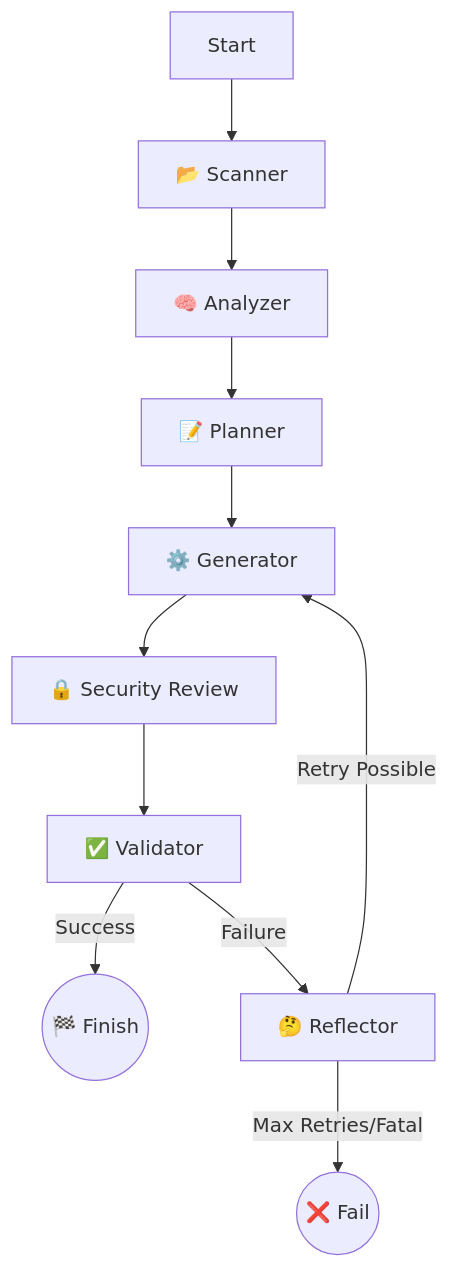
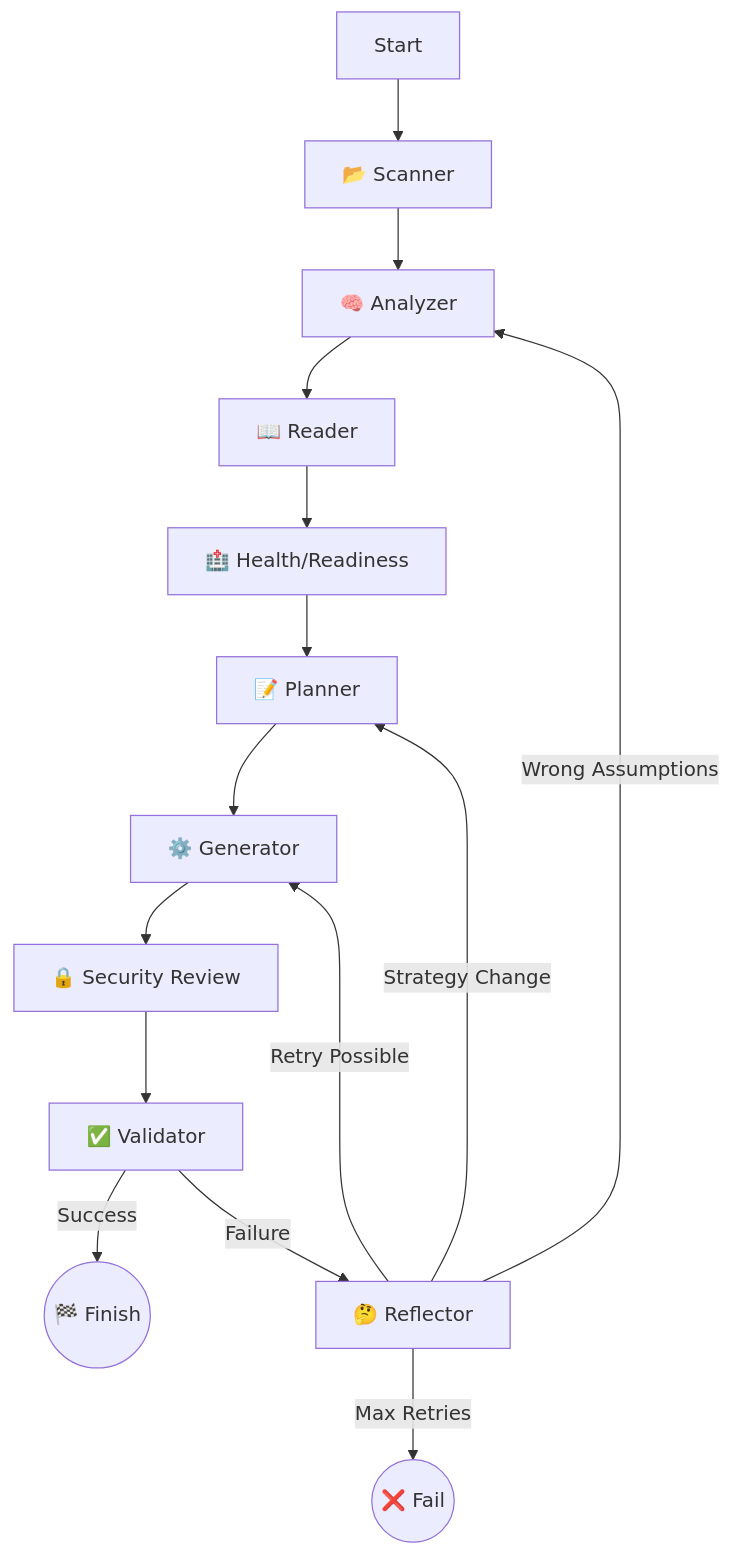
Before and after one commit to actions-marketplace-validations/itzzjb_dockai: the diagram in README.md, drawn with Mermaid. The commit also changed other lines of this file, not shown here.

Commit message:
docs: Reframe DockAI as a Universal AI DevOps Architect and detail its enhanced agentic workflow and capabilities in the README.

````diff
--- a/README.md
+++ b/README.md
@@ -41,15 +58,19 @@
 ```mermaid
 graph TD
     Start --> Scan[📂 Scanner]
     Scan --> Analyze[🧠 Analyzer]
-    Analyze --> Plan[📝 Planner]
+    Analyze --> Read[📖 Reader]
+    Read --> Detect[🏥 Health/Readiness]
+    Detect --> Plan[📝 Planner]
     Plan --> Generate[⚙️ Generator]
     Generate --> Review[🔒 Security Review]
     Review --> Validate[✅ Validator]
     
     Validate -- Success --> End((🏁 Finish))
     Validate -- Failure --> Reflect[🤔 Reflector]
     
     Reflect -- Retry Possible --> Generate
-    Reflect -- Max Retries/Fatal --> Fail((❌ Fail))
+    Reflect -- Strategy Change --> Plan
+    Reflect -- Wrong Assumptions --> Analyze
+    Reflect -- Max Retries --> Fail((❌ Fail))
 ```
````
